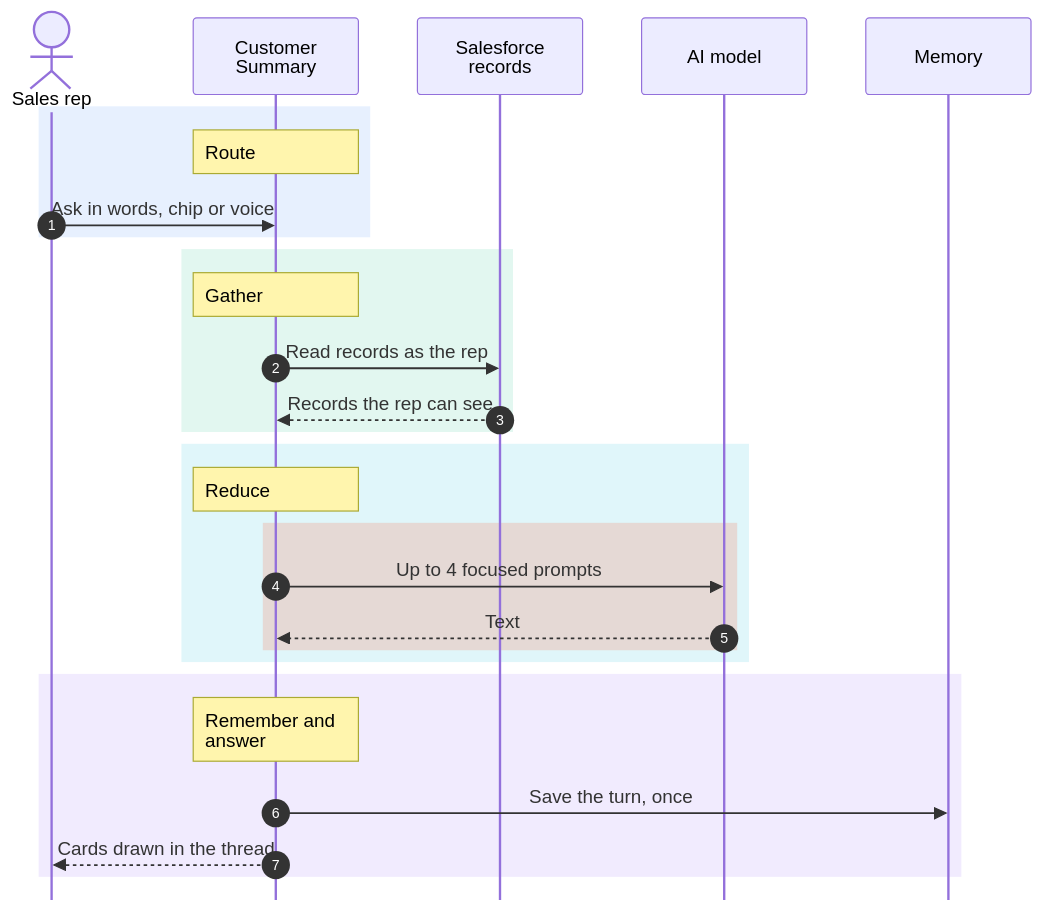
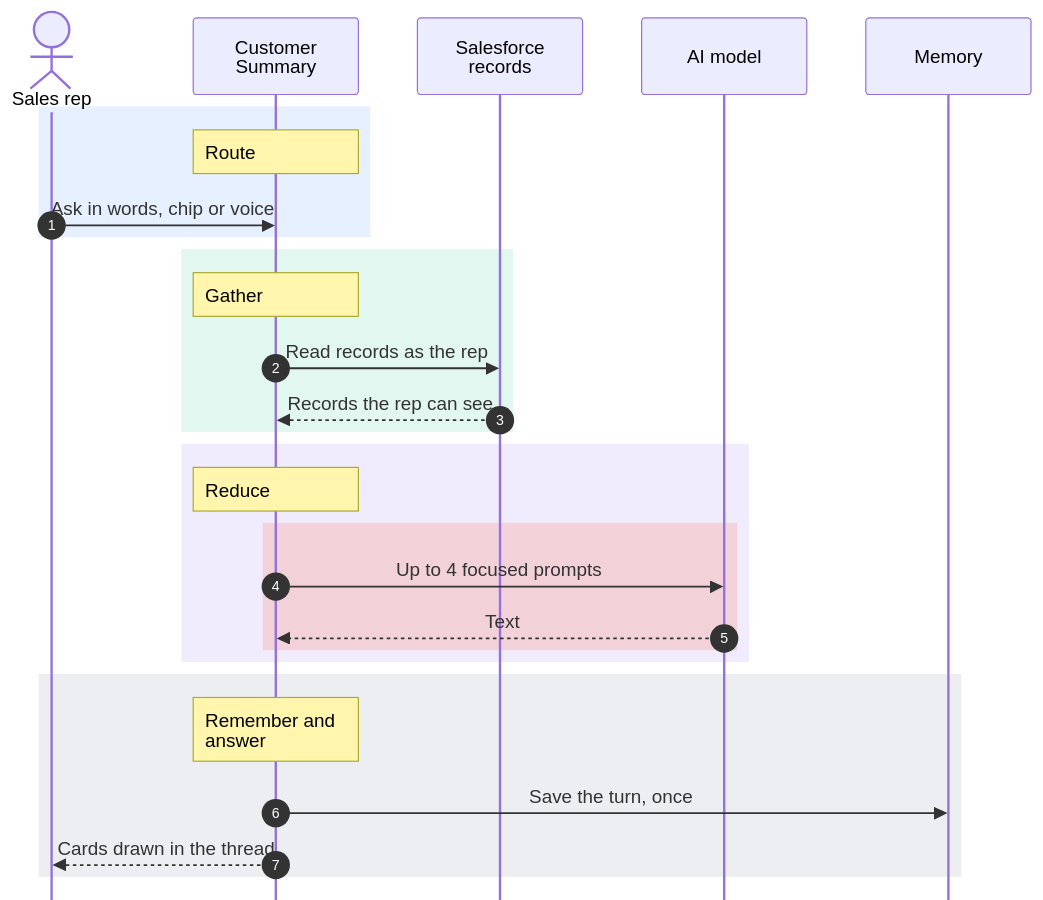
Before and after one commit to nelsben/generic-agent: the second of 2 diagrams in docs/ARCHITECTURE.md, drawn with Mermaid. The commit also changed other lines of this file, not shown here.

Commit message:
OPS-67: ARCHITECTURE phase tints match page 01 (reduce violet, remember slate); prose trimmed

````diff
--- a/docs/ARCHITECTURE.md
+++ b/docs/ARCHITECTURE.md
@@ -140,42 +140,42 @@
 ```mermaid
 ---
 config:
   themeCSS: ".note { fill: #334155 !important; stroke: none !important; } .noteText, .noteText tspan { fill: #FFFFFF !important; font-weight: 600 !important; letter-spacing: 0.04em; }"
   sequence:
     mirrorActors: false
     actorMargin: 50
     width: 140
     messageMargin: 40
     boxMargin: 10
     noteAlign: left
     wrap: true
 ---
 sequenceDiagram
     autonumber
     actor Rep as Sales rep
     participant App as Customer Summary
     participant Data as Salesforce records
     participant AI as AI model
     participant Mem as Memory
     rect rgba(59, 130, 246, 0.12)
         Note over App: Route
         Rep->>App: Ask in words, chip or voice
     end
     rect rgba(16, 185, 129, 0.12)
         Note over App: Gather
         App->>Data: Read records as the rep
         Data-->>App: Records the rep can see
     end
-    rect rgba(6, 182, 212, 0.12)
+    rect rgba(139, 92, 246, 0.12)
         Note over App: Reduce
         rect rgba(244, 114, 82, 0.22)
             App->>AI: Up to 4 focused prompts
             AI-->>App: Text
         end
     end
-    rect rgba(139, 92, 246, 0.12)
+    rect rgba(100, 116, 139, 0.12)
         Note over App: Remember and answer
         App->>Mem: Save the turn, once
         App-->>Rep: Cards drawn in the thread
     end
 ```
````
